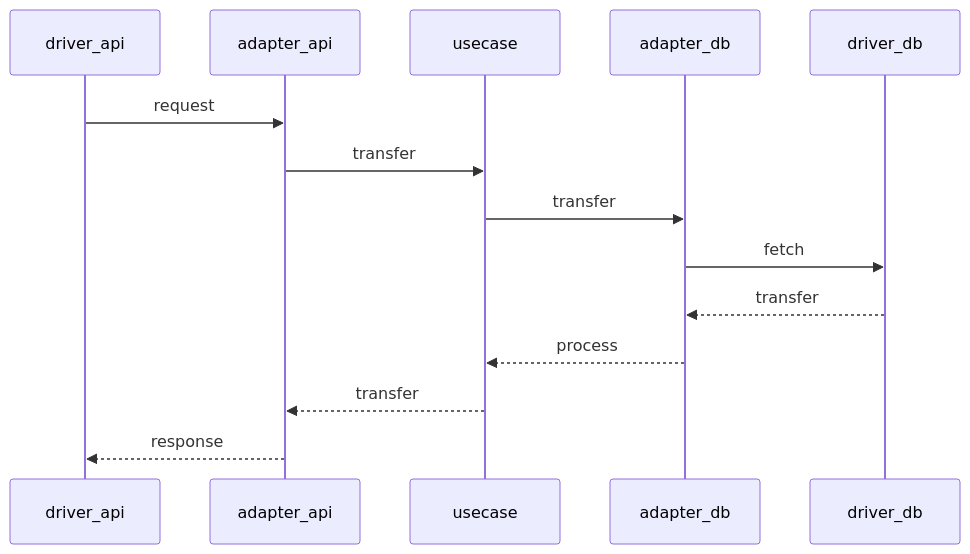
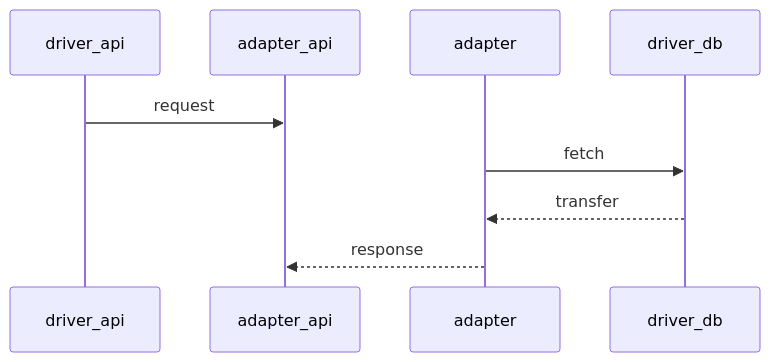
The second of 2 diagrams in README.md (vistimi/scraper-backend), drawn with Mermaid before and after one commit. The commit also changed other lines of this file and 19 other files, not shown here.

````diff
--- a/README.md
+++ b/README.md
@@ -127,11 +121,7 @@
 ```mermaid
 sequenceDiagram
     driver_api ->>adapter_api: request
-    adapter_api->>usecase: transfer
-    usecase->>adapter_db: transfer
-    adapter_db->>driver_db: fetch
-    driver_db-->>adapter_db: transfer
-    adapter_db-->>usecase: process
-    usecase-->>adapter_api: transfer
-    adapter_api-->>driver_api: response
+    adapter->>driver_db: fetch
+    driver_db-->>adapter: transfer
+    adapter-->>adapter_api: response
 ```
````
